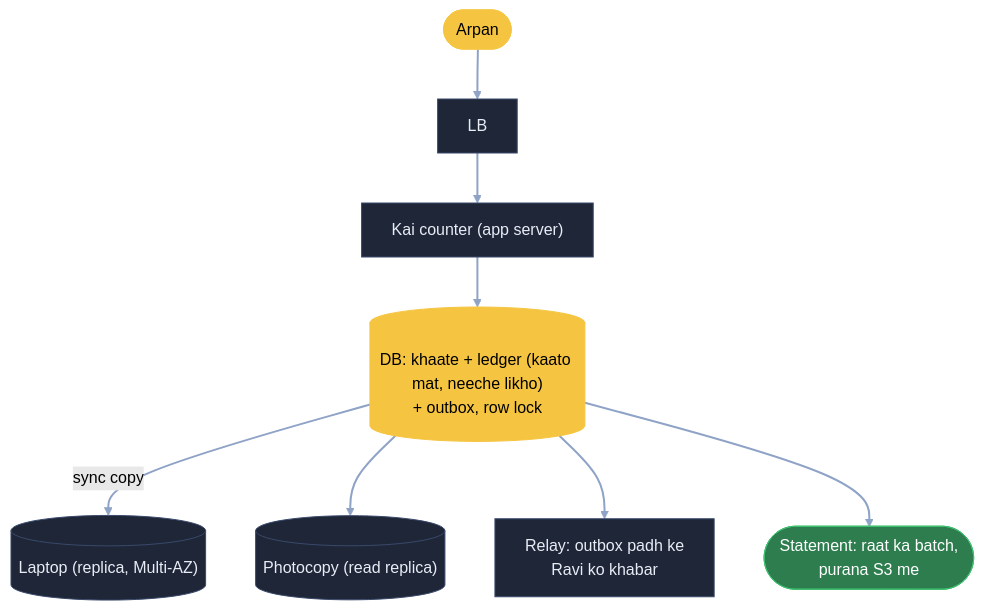
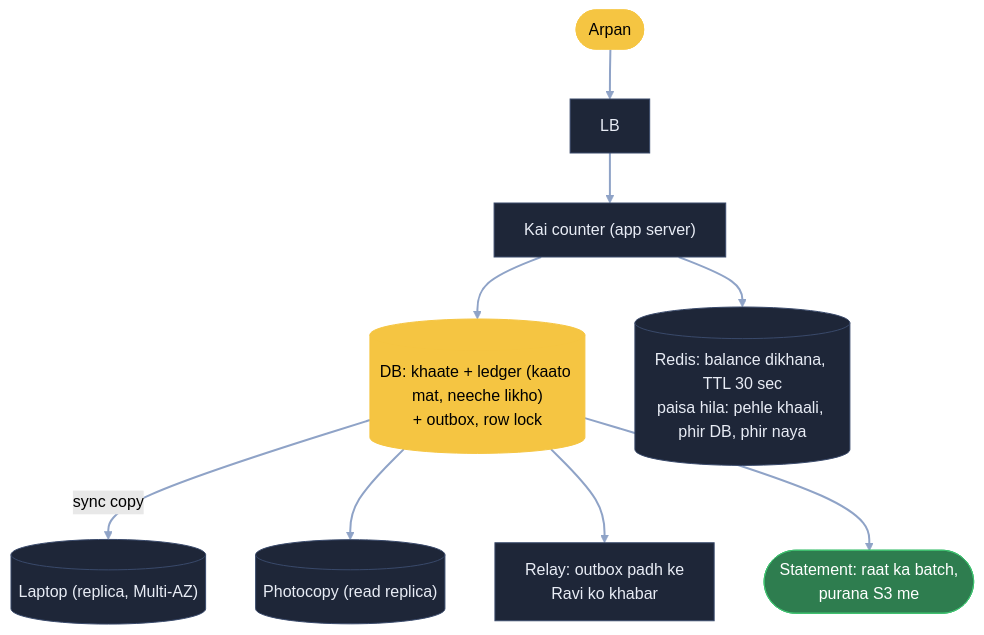
One commit to ArpanMaheshwari144/Prep changed diagram 22 of 22 in 04_HLD/SYSTEM_DESIGNS/13_banking_system/13_banking_system.md. Above: the diagram before and after it, drawn with Mermaid (forest theme). The commit also changed other lines of this file and 1 other file, not shown here.

Commit message:
Banking: round (scope, FR / NFR, numbers, box dhaancha, Redis balance cache, API) + kadam 3 / 9 me ek aur raasta

````diff
--- a/04_HLD/SYSTEM_DESIGNS/13_banking_system/13_banking_system.md
+++ b/04_HLD/SYSTEM_DESIGNS/13_banking_system/13_banking_system.md
@@ -801,14 +847,15 @@
 ```mermaid
 flowchart TB
     A(["Arpan"]):::pill --> LB["LB"]:::card --> C["Kai counter (app server)"]:::card
     C --> DB[("DB: khaate + ledger (kaato mat, neeche likho)<br/>+ outbox, row lock")]:::pill
+    C --> RD[("Redis: balance dikhana, TTL 30 sec<br/>paisa hila: pehle khaali, phir DB, phir naya")]:::card
     DB -- "sync copy" --> REP[("Laptop (replica, Multi-AZ)")]:::card
     DB --> RR[("Photocopy (read replica)")]:::card
     DB --> OB["Relay: outbox padh ke<br/>Ravi ko khabar"]:::card
     DB --> ST(["Statement: raat ka batch,<br/>purana S3 me"]):::good
     linkStyle default stroke:#8fa3c7,stroke-width:2px
     classDef card fill:#1e2638,stroke:#3a4a6b,color:#e8ecf5
     classDef pill fill:#f5c542,stroke:#f5c542,color:#000
     classDef good fill:#2e7d4f,stroke:#3fbf6f,color:#fff
     classDef bad fill:#5c1f24,stroke:#e05561,color:#fff
 ```
````
